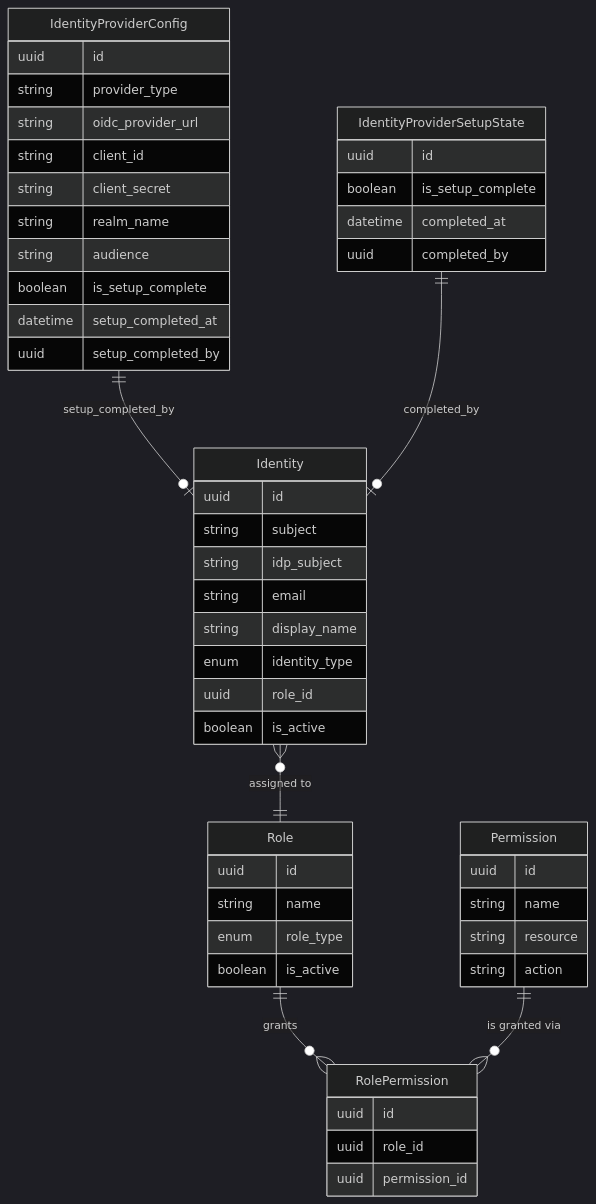
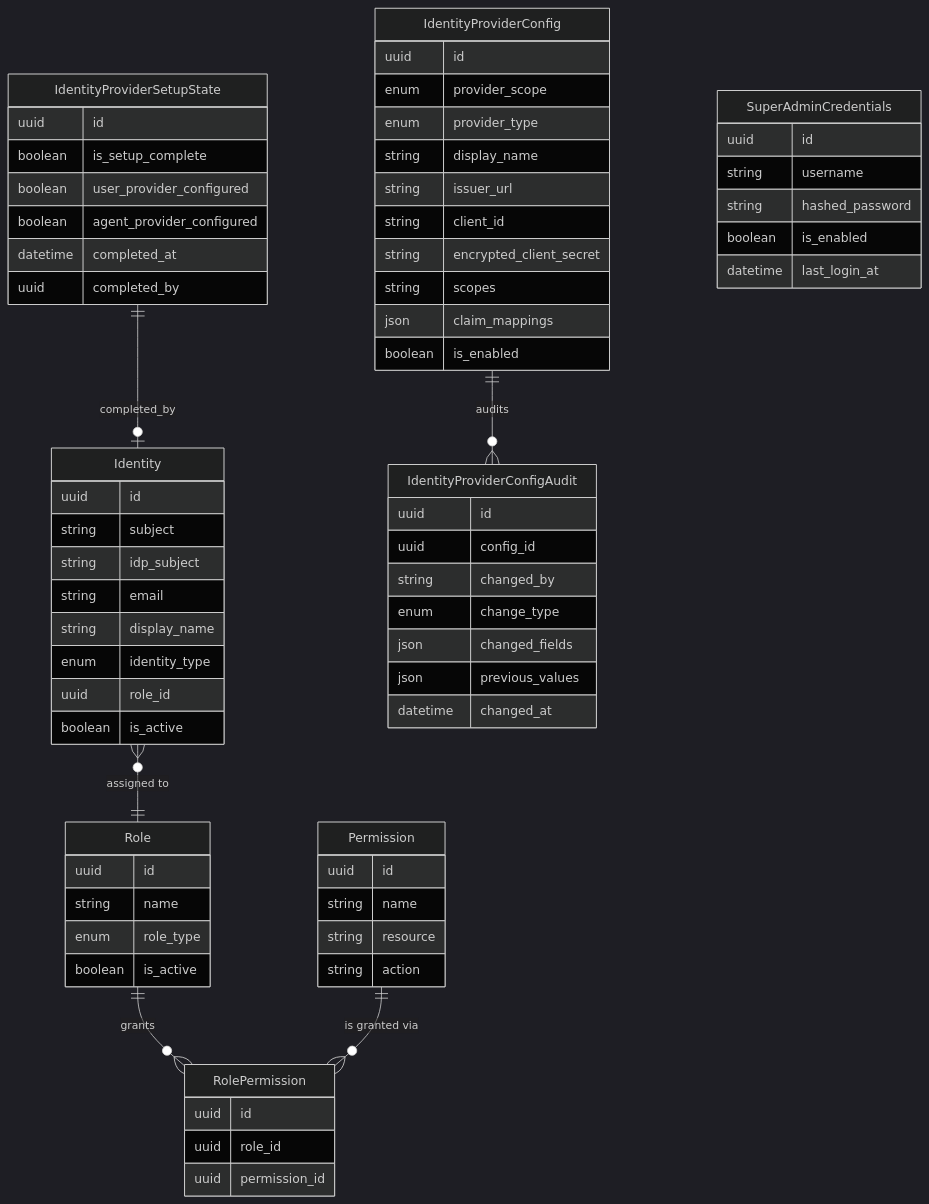
One commit to hurungang/parthenon changed the first of 2 diagrams in docs/master/data-model/modules/identity/entities.md. Above: the diagram before and after it, drawn with Mermaid (dark theme). The commit also changed other lines of this file and 206 other files, not shown here.

````diff
--- a/docs/master/data-model/modules/identity/entities.md
+++ b/docs/master/data-model/modules/identity/entities.md
@@ -3,54 +3,72 @@
 ```mermaid
 erDiagram
     Identity {
         uuid id
         string subject
         string idp_subject
         string email
         string display_name
         enum identity_type
         uuid role_id
         boolean is_active
     }
     Role {
         uuid id
         string name
         enum role_type
         boolean is_active
     }
     Permission {
         uuid id
         string name
         string resource
         string action
     }
     RolePermission {
         uuid id
         uuid role_id
         uuid permission_id
     }
     IdentityProviderConfig {
         uuid id
-        string provider_type
-        string oidc_provider_url
+        enum provider_scope
+        enum provider_type
+        string display_name
+        string issuer_url
         string client_id
-        string client_secret
-        string realm_name
-        string audience
-        boolean is_setup_complete
-        datetime setup_completed_at
-        uuid setup_completed_by
+        string encrypted_client_secret
+        string scopes
+        json claim_mappings
+        boolean is_enabled
+    }
+    IdentityProviderConfigAudit {
+        uuid id
+        uuid config_id
+        string changed_by
+        enum change_type
+        json changed_fields
+        json previous_values
+        datetime changed_at
     }
     IdentityProviderSetupState {
         uuid id
         boolean is_setup_complete
+        boolean user_provider_configured
+        boolean agent_provider_configured
         datetime completed_at
         uuid completed_by
+    }
+    SuperAdminCredentials {
+        uuid id
+        string username
+        string hashed_password
+        boolean is_enabled
+        datetime last_login_at
     }
 
     Identity }o--|| Role : "assigned to"
     Role ||--o{ RolePermission : "grants"
     Permission ||--o{ RolePermission : "is granted via"
-    IdentityProviderConfig ||--o| Identity : "setup_completed_by"
+    IdentityProviderConfig ||--o{ IdentityProviderConfigAudit : "audits"
     IdentityProviderSetupState ||--o| Identity : "completed_by"
 ```
````
